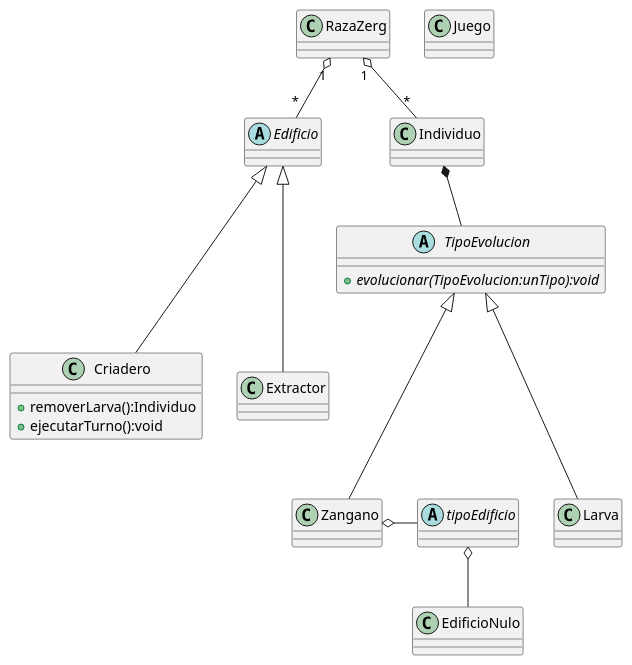
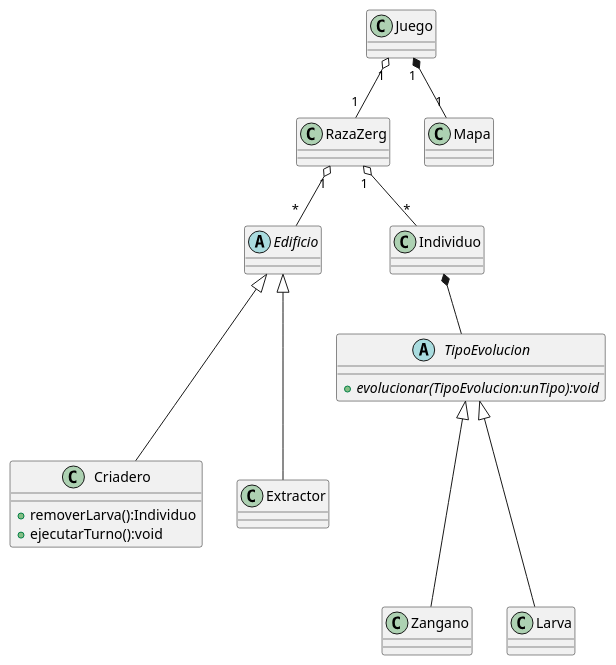
Before and after one commit to nicolasgirardi/algo3_TP2_AlgoStar: the diagram in diagrams/classes/clases.puml, drawn with PlantUML. The commit also changed other lines of this file, not shown here.

Commit message:
pequeñas actualizaciones

```diff
--- a/diagrams/classes/clases.puml
+++ b/diagrams/classes/clases.puml
@@ -1,49 +1,45 @@
 @startuml
 
 abstract class TipoEvolucion{
     + {abstract} evolucionar(TipoEvolucion:unTipo):void
 }
 
 class Juego {
 }
 
 class Zangano{
 
 }
 class Larva{
 
 }
 class RazaZerg{
 
 }
 class Criadero{
     +removerLarva():Individuo
     +ejecutarTurno():void
 }
 
 abstract class TipoEvolucion{
 
 }
 
 abstract class Edificio{
 
 }
 class Extractor{
 
 }
 
-abstract class tipoEdificio{
-
-}
-
 Individuo *-- TipoEvolucion
 Zangano  -up--|> TipoEvolucion
 Larva    -up--|> TipoEvolucion
 RazaZerg "1"  o-- "*" Edificio
 RazaZerg "1"  o-- "*" Individuo
-Zangano o- tipoEdificio
-tipoEdificio o-- EdificioNulo
 Criadero -up--|> Edificio
 Extractor -up--|> Edificio
+Juego "1"  o-- "1" RazaZerg
+Juego "1"  *-- "1" Mapa
 
 @enduml
```
